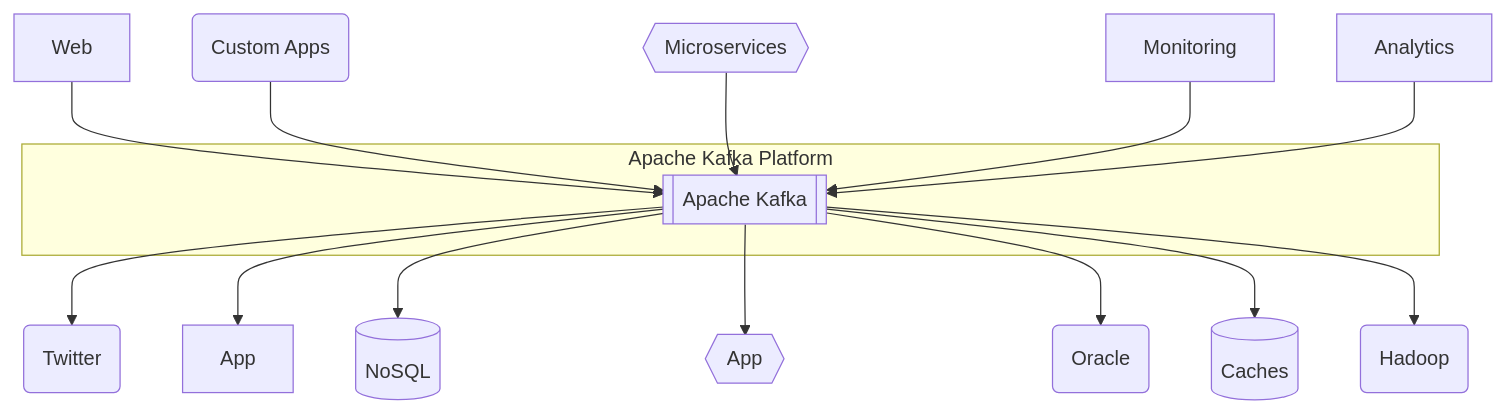
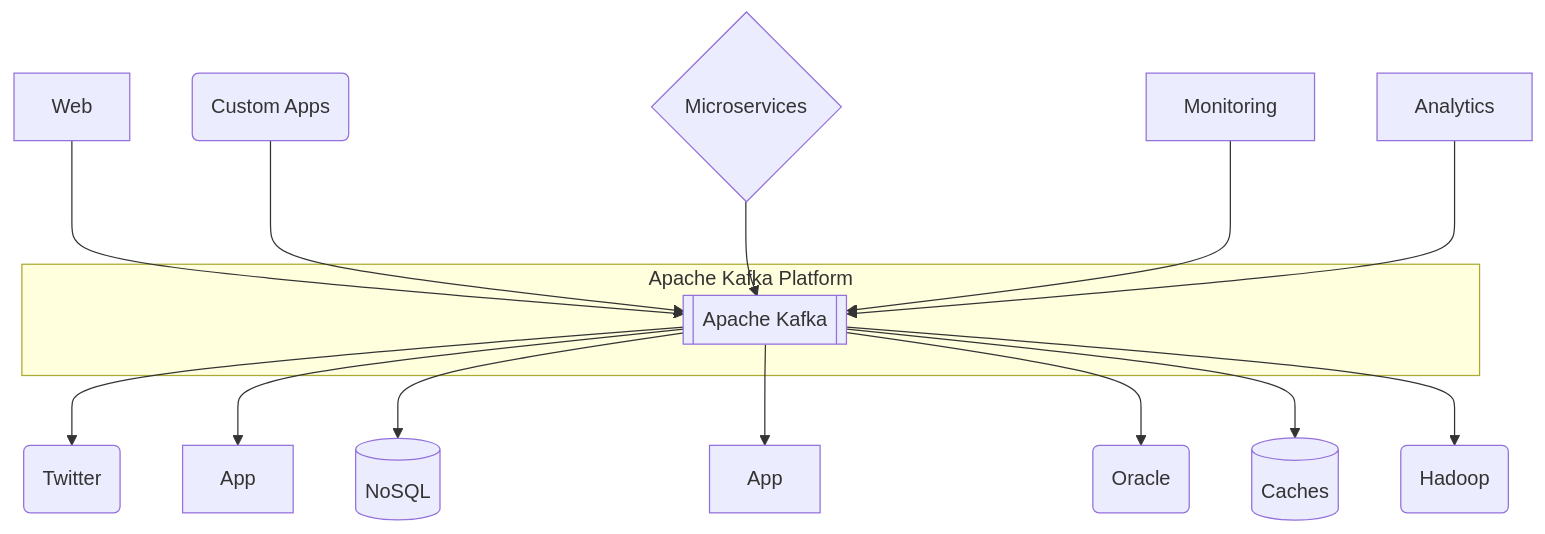
One commit to choesimin/choesimin.github.io changed the first of 3 diagrams in collections/_skills/kafka/index.md. Above: the diagram before and after it, drawn with Mermaid. The commit also changed other lines of this file and 1 other file, not shown here.

````diff
--- a/collections/_skills/kafka/index.md
+++ b/collections/_skills/kafka/index.md
@@ -12,23 +12,23 @@
 ```mermaid
 flowchart TD
     web[Web]
     custom_apps(Custom Apps)
-    microservices{{Microservices}}
+    microservices{Microservices}
     monitoring[Monitoring]
     analytics[Analytics]
 
     subgraph kafka_platform[Apache Kafka Platform]
         kafka_core[[Apache Kafka]]
     end
 
     twitter(Twitter)
     app1[App]
     nosql[(NoSQL)]
-    app2{{App}}
+    app2[App]
     oracle(Oracle)
     caches[(Caches)]
     hadoop(Hadoop)
 
     web & custom_apps & microservices & monitoring & analytics --> kafka_core
     kafka_core --> twitter & app1 & nosql & app2 & oracle & caches & hadoop
 ```
````
